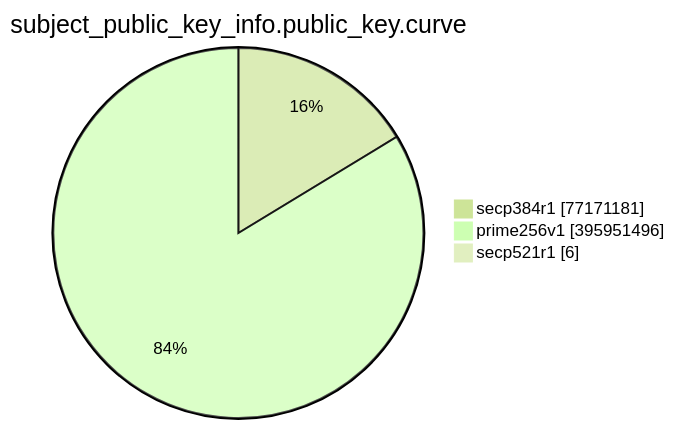
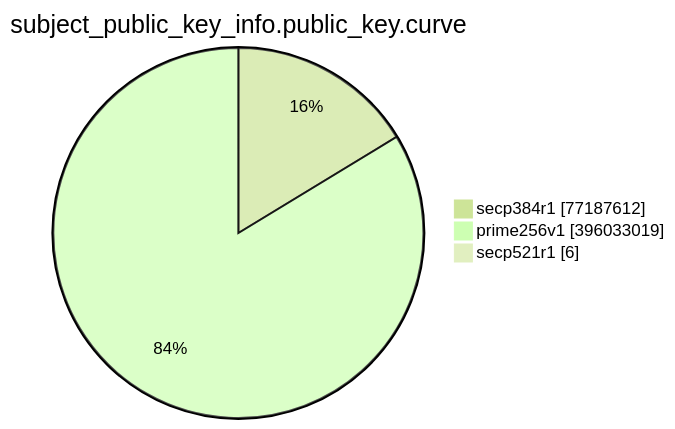
One commit to christiankrug/ctmonitor_visualization changed the eighth of 15 diagrams in TOTAL/README.md. Above: the diagram before and after it, drawn with Mermaid (forest theme). The commit also changed other lines of this file, not shown here.

````diff
--- a/TOTAL/README.md
+++ b/TOTAL/README.md
@@ -3094,7 +3095,7 @@
 ```mermaid
 pie showData
 title subject_public_key_info.public_key.curve
-"secp384r1" :77171181
-"prime256v1" :395951496
+"secp384r1" :77187612
+"prime256v1" :396033019
 "secp521r1" :6
 ```
````
